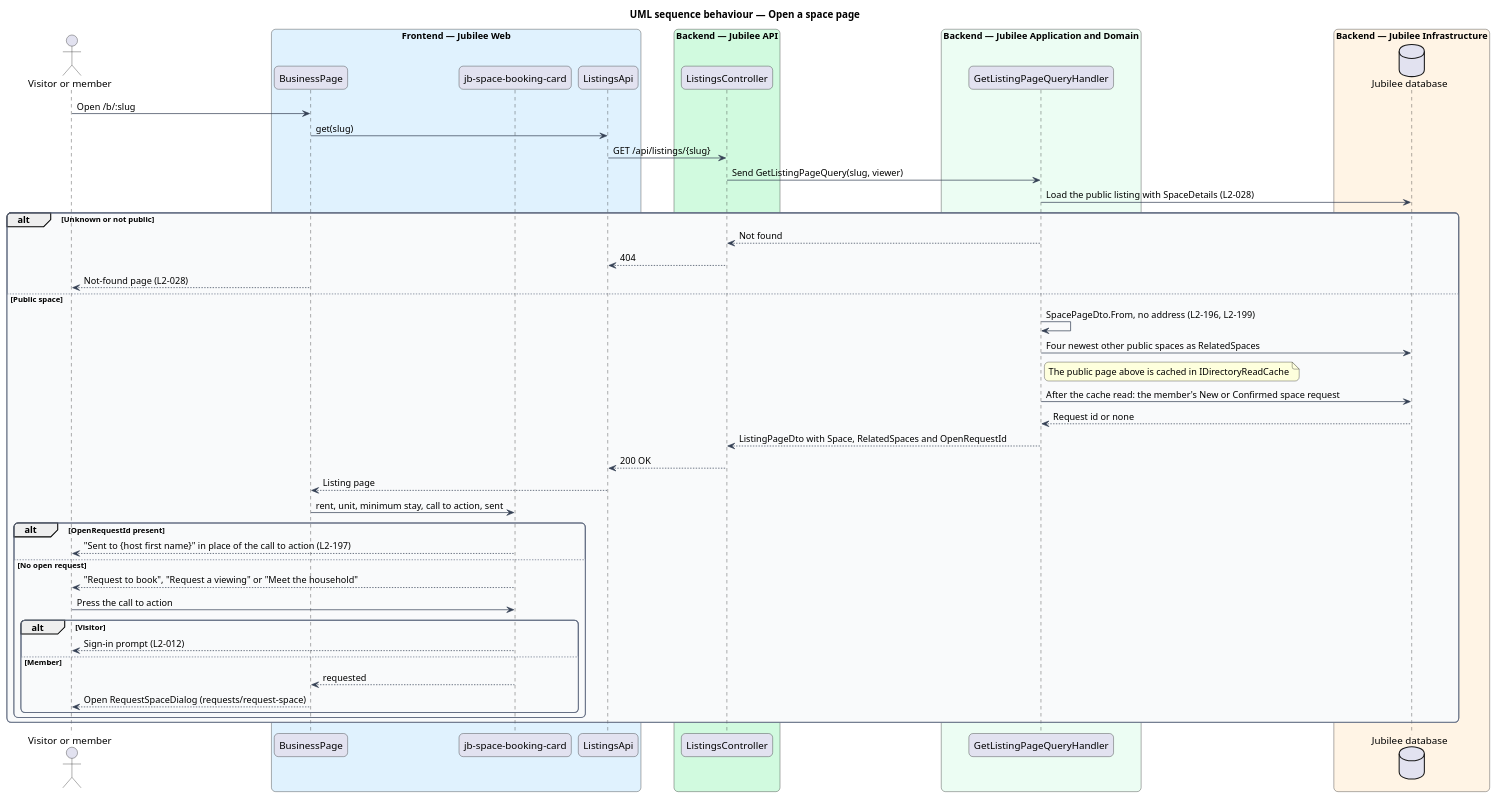
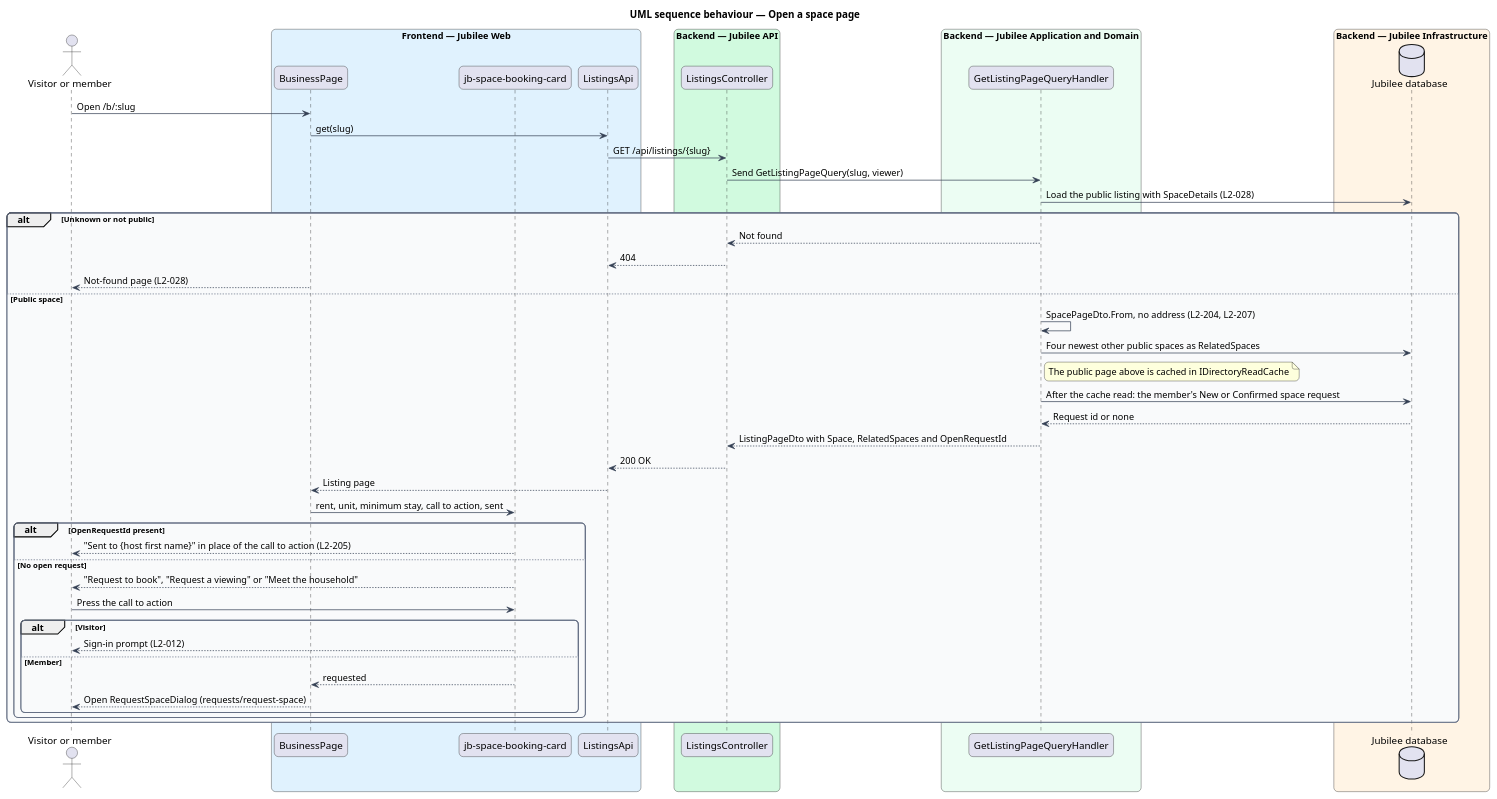
One commit to QuinntyneBrown/jubilee changed the diagram in docs/detailed-designs/listings/view-space/diagrams/sequence-view-space.puml. Above: the diagram before and after it, drawn with PlantUML. The commit also changed 176 other files, not shown here.

```diff
--- a/docs/detailed-designs/listings/view-space/diagrams/sequence-view-space.puml
+++ b/docs/detailed-designs/listings/view-space/diagrams/sequence-view-space.puml
@@ -1,64 +1,64 @@
 @startuml
 title UML sequence behaviour — Open a space page
 skinparam backgroundColor #FFFFFF
 skinparam shadowing false
 skinparam roundcorner 12
 skinparam defaultFontName Arial
 skinparam ArrowColor #344054
 skinparam rectangle {
   BorderColor #344054
   FontColor #101828
 }
 skinparam package {
   BorderColor #667085
   FontColor #101828
   BackgroundColor #F9FAFB
 }
 actor "Visitor or member" as actor
 box "Frontend — Jubilee Web" #E0F2FE
   participant "BusinessPage" as page
   participant "jb-space-booking-card" as card
   participant "ListingsApi" as client
 end box
 box "Backend — Jubilee API" #D1FADF
   participant "ListingsController" as controller
 end box
 box "Backend — Jubilee Application and Domain" #ECFDF3
   participant "GetListingPageQueryHandler" as handler
 end box
 box "Backend — Jubilee Infrastructure" #FFF4E5
   database "Jubilee database" as db
 end box
 actor -> page : Open /b/:slug
 page -> client : get(slug)
 client -> controller : GET /api/listings/{slug}
 controller -> handler : Send GetListingPageQuery(slug, viewer)
 handler -> db : Load the public listing with SpaceDetails (L2-028)
 alt Unknown or not public
   handler --> controller : Not found
   controller --> client : 404
   page --> actor : Not-found page (L2-028)
 else Public space
-  handler -> handler : SpacePageDto.From, no address (L2-196, L2-199)
+  handler -> handler : SpacePageDto.From, no address (L2-204, L2-207)
   handler -> db : Four newest other public spaces as RelatedSpaces
   note right of handler : The public page above is cached in IDirectoryReadCache
   handler -> db : After the cache read: the member's New or Confirmed space request
   db --> handler : Request id or none
   handler --> controller : ListingPageDto with Space, RelatedSpaces and OpenRequestId
   controller --> client : 200 OK
   client --> page : Listing page
   page -> card : rent, unit, minimum stay, call to action, sent
   alt OpenRequestId present
-    card --> actor : "Sent to {host first name}" in place of the call to action (L2-197)
+    card --> actor : "Sent to {host first name}" in place of the call to action (L2-205)
   else No open request
     card --> actor : "Request to book", "Request a viewing" or "Meet the household"
     actor -> card : Press the call to action
     alt Visitor
       card --> actor : Sign-in prompt (L2-012)
     else Member
       card --> page : requested
       page --> actor : Open RequestSpaceDialog (requests/request-space)
     end
   end
 end
 @enduml
```
